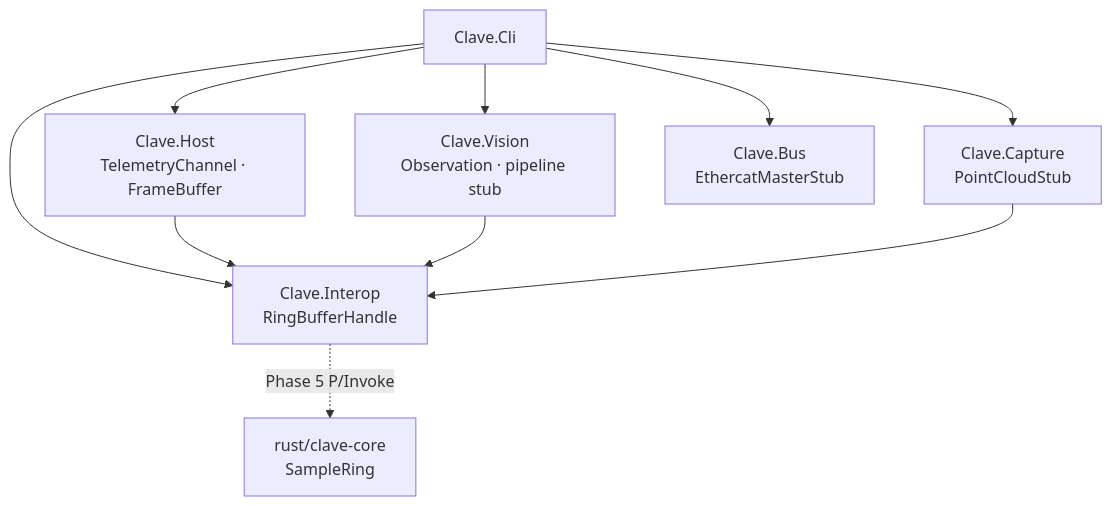
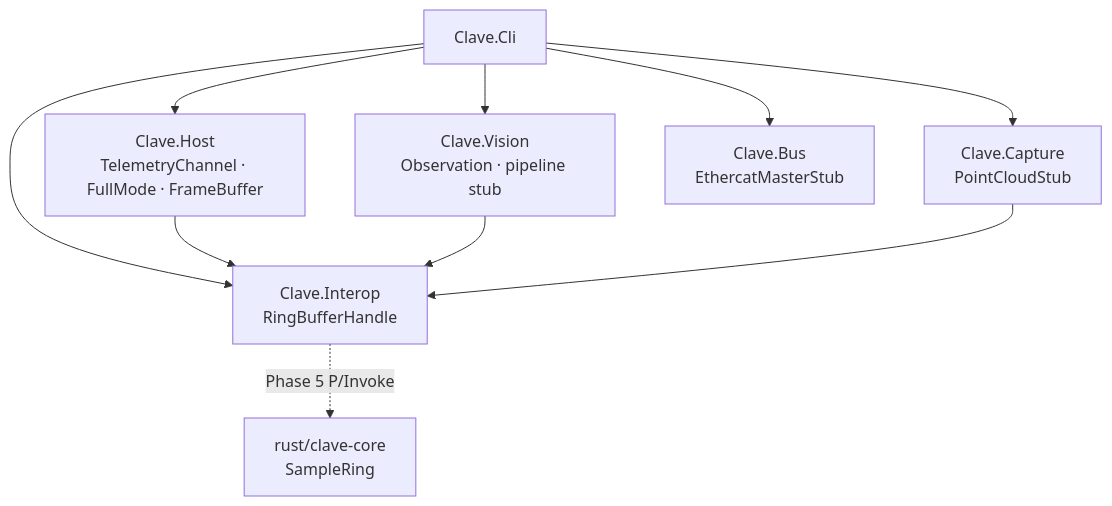
The diagram in README.md (alexandrelheinen/clave), drawn with Mermaid before and after one commit. The commit also changed other lines of this file and 13 other files, not shown here.

First line of the commit message:
feat: Phase 1 Host telemetry full-mode and backpressure

````diff
--- a/README.md
+++ b/README.md
@@ -34,20 +35,20 @@
 ```mermaid
 flowchart TB
     CLI["Clave.Cli"]
-    HOST["Clave.Host<br/>TelemetryChannel · FrameBuffer"]
+    HOST["Clave.Host<br/>TelemetryChannel · FullMode · FrameBuffer"]
     VISION["Clave.Vision<br/>Observation · pipeline stub"]
     CAPTURE["Clave.Capture<br/>PointCloudStub"]
     BUS["Clave.Bus<br/>EthercatMasterStub"]
     INTEROP["Clave.Interop<br/>RingBufferHandle"]
     RUST["rust/clave-core<br/>SampleRing"]
 
     CLI --> HOST
     CLI --> VISION
     CLI --> CAPTURE
     CLI --> BUS
     CLI --> INTEROP
     HOST --> INTEROP
     VISION --> INTEROP
     CAPTURE --> INTEROP
     INTEROP -.->|"Phase 5 P/Invoke"| RUST
 ```
````
